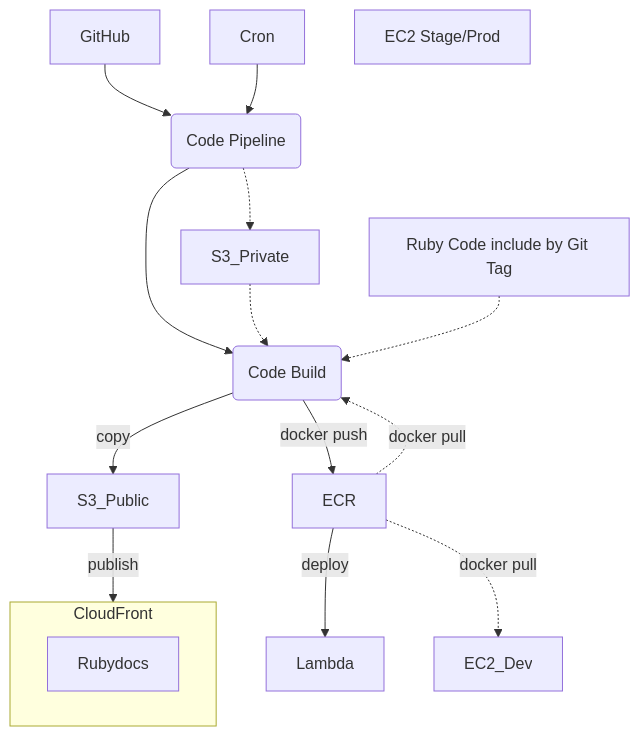
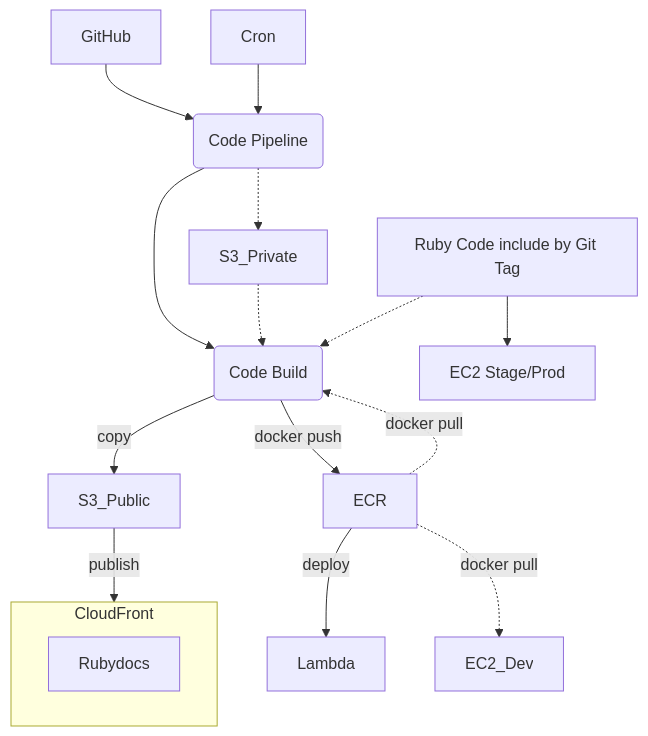
The second of 6 diagrams in design/aws-build/README.md (CDLUC3/mrt-doc), drawn with Mermaid before and after one commit.

````diff
--- a/design/aws-build/README.md
+++ b/design/aws-build/README.md
@@ -44,25 +44,26 @@
 ```mermaid
 graph TD
   GitHub --> Pipeline
   Cron --> Pipeline
   Pipeline(Code Pipeline)
   Pipeline --> Build
   Build(Code Build)
   S3_Private
   S3_Public
   Build --> |copy| S3_Public
   S3_Public --> |publish| CloudFront
   Build --> |docker push| ECR
   Pipeline -.-> S3_Private
   S3_Private -.-> Build
   ECR
   ECR --> |deploy| Lambda
   ECR -.-> |docker pull| EC2_Dev
   ECR -.-> |docker pull| Build
   EC2[EC2 Stage/Prod]
   Gems[Ruby Code include by Git Tag]
   Gems -.-> Build
+  Gems --> EC2
   subgraph CloudFront
     Rubydocs
   end
 ```
````
